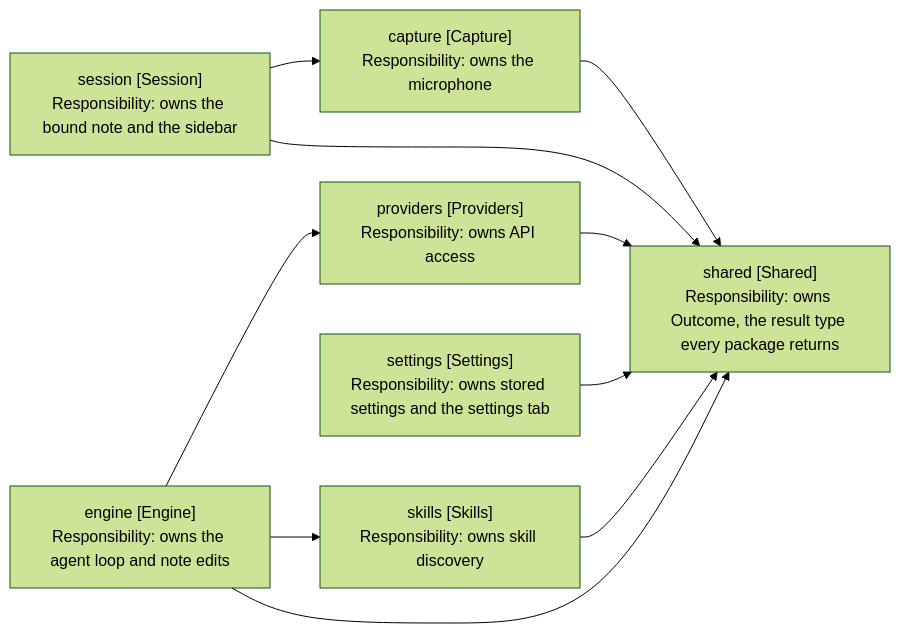
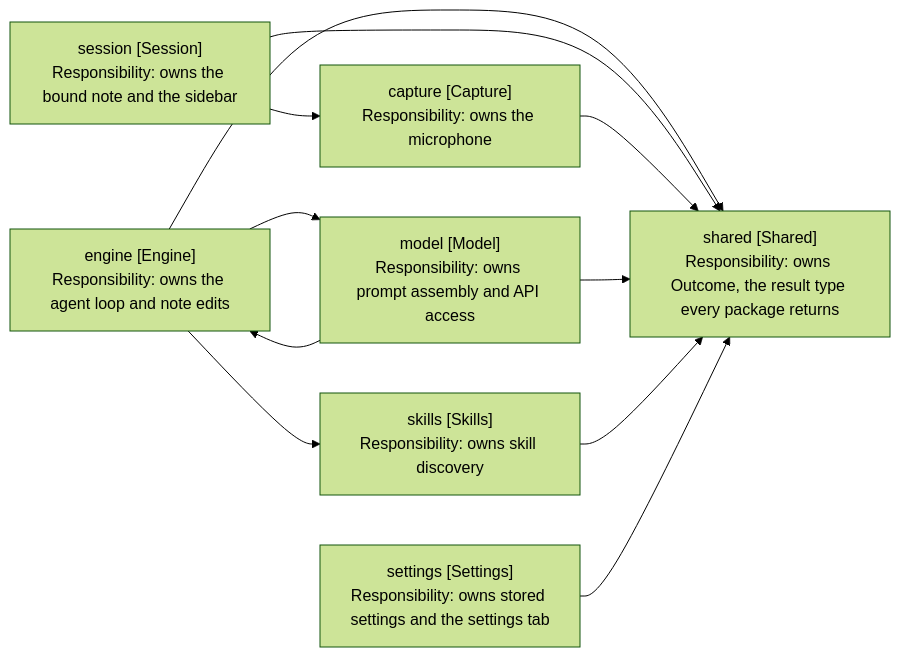
One commit to iparips/obsidian-owl changed the diagram in docs/architecture/7-package-design.md. Above: the diagram before and after it, drawn with Mermaid (forest theme). The commit also changed other lines of this file and 47 other files, not shown here.

````diff
--- a/docs/architecture/7-package-design.md
+++ b/docs/architecture/7-package-design.md
@@ -34,20 +43,21 @@
 ```mermaid
 flowchart LR
     Session["session [Session]<br/>Responsibility: owns the bound note and the sidebar"]
     Engine["engine [Engine]<br/>Responsibility: owns the agent loop and note edits"]
     Capture["capture [Capture]<br/>Responsibility: owns the microphone"]
-    Providers["providers [Providers]<br/>Responsibility: owns API access"]
+    Model["model [Model]<br/>Responsibility: owns prompt assembly and API access"]
     Skills["skills [Skills]<br/>Responsibility: owns skill discovery"]
     Settings["settings [Settings]<br/>Responsibility: owns stored settings and the settings tab"]
     Shared["shared [Shared]<br/>Responsibility: owns Outcome, the result type every package returns"]
 
     Session --> Capture
-    Engine --> Providers
+    Engine --> Model
+    Model --> Engine
     Engine --> Skills
     Engine --> Shared
     Session --> Shared
     Capture --> Shared
-    Providers --> Shared
+    Model --> Shared
     Skills --> Shared
     Settings --> Shared
 ```
````
